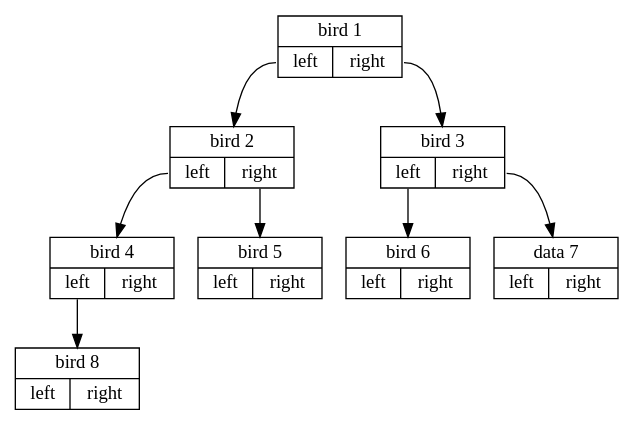
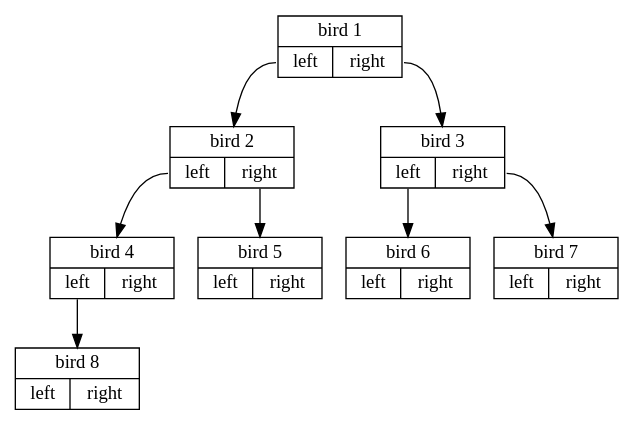
The diagram in paper/figs/btree.dot (b-k/apophenia), drawn with Graphviz before and after one commit. The commit also changed 39 other files, not shown here.

```diff
--- a/paper/figs/btree.dot
+++ b/paper/figs/btree.dot
@@ -1,42 +1,42 @@
 digraph {
 
 "p1" [
         label = "{bird 1 |{<f7>left|<f8>right}}"
         shape = "record"
         ];
 p1:f7 -> p2;
 p1:f8 -> p3;
 "p2" [
         label = "{bird 2|{<f7>left|<f8>right}}"
         shape = "record"
         ];
 p2:f7 -> p4;
 p2:f8 -> p5;
 "p3" [
         label = "{bird 3|{<f7>left|<f8>right}}"
         shape = "record"
         ];
 p3:f7 -> p6;
 p3:f8 -> p7;
 "p4" [
         label = "{bird 4|{<f7>left|<f8>right}}"
         shape = "record"
         ];
 p4:f7 -> p8;
 "p5" [
         label = "{bird 5|{<f7>left|<f8>right}}"
         shape = "record"
         ];
 "p6" [
         label = "{bird 6|{<f7>left|<f8>right}}"
         shape = "record"
         ];
 "p7" [
-        label = "{data 7|{<f7>left|<f8>right}}"
+        label = "{bird 7|{<f7>left|<f8>right}}"
         shape = "record"
         ];
 "p8" [
         label = "{bird 8|{<f7>left|<f8>right}}"
         shape = "record"
         ];
 }
```
